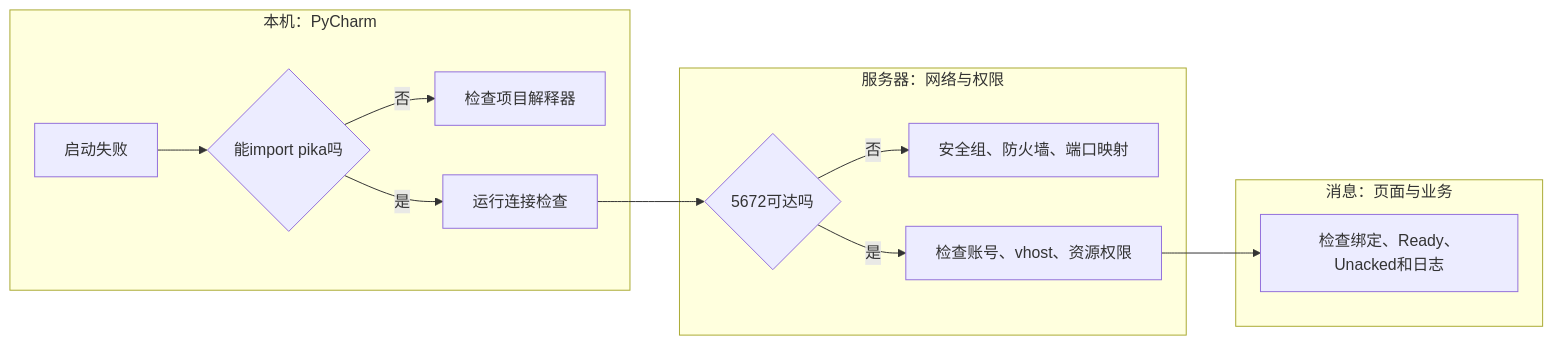
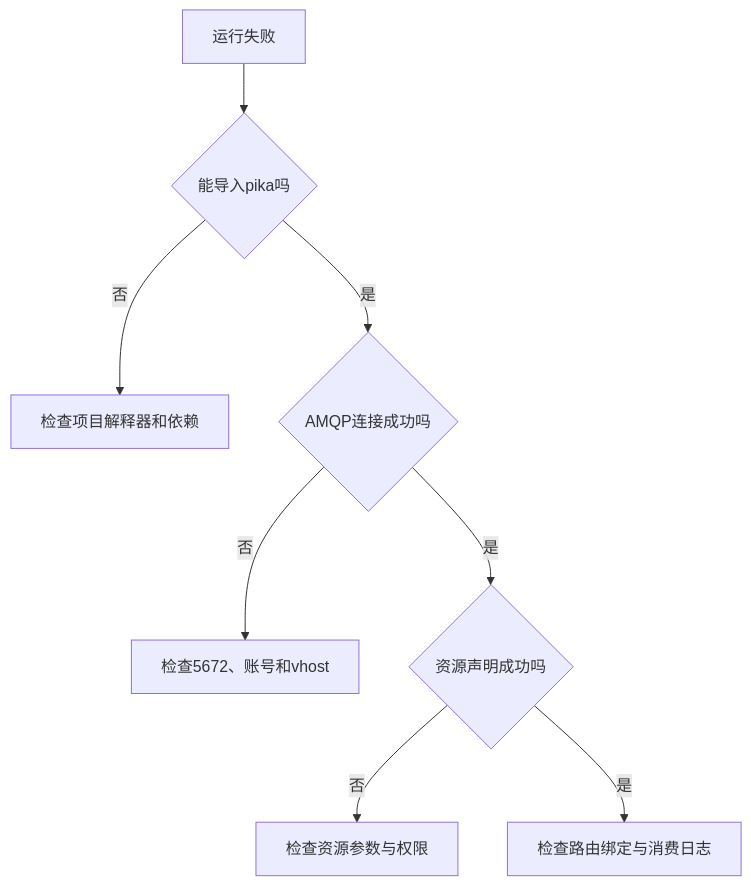
One commit to tianshiyang/ai-lab changed diagram 12 of 13 in rabbitMQ学习/README.md. Above: the diagram before and after it, drawn with Mermaid. The commit also changed other lines of this file and 2 other files, not shown here.

````diff
--- a/rabbitMQ学习/README.md
+++ b/rabbitMQ学习/README.md
@@ -1244,16 +987,10 @@
 ```mermaid
-flowchart LR
-    subgraph local["本机：PyCharm"]
-        A["启动失败"] --> B{"能import pika吗"}
-        B -->|否| C["检查项目解释器"]
-        B -->|是| D["运行连接检查"]
-    end
-    subgraph server["服务器：网络与权限"]
-        D --> E{"5672可达吗"}
-        E -->|否| F["安全组、防火墙、端口映射"]
-        E -->|是| G["检查账号、vhost、资源权限"]
-    end
-    subgraph message["消息：页面与业务"]
-        G --> H["检查绑定、Ready、Unacked和日志"]
-    end
+flowchart TD
+    A["运行失败"] --> B{"能导入pika吗"}
+    B -->|否| C["检查项目解释器和依赖"]
+    B -->|是| D{"AMQP连接成功吗"}
+    D -->|否| E["检查5672、账号和vhost"]
+    D -->|是| F{"资源声明成功吗"}
+    F -->|否| G["检查资源参数与权限"]
+    F -->|是| H["检查路由绑定与消费日志"]
 ```
````
